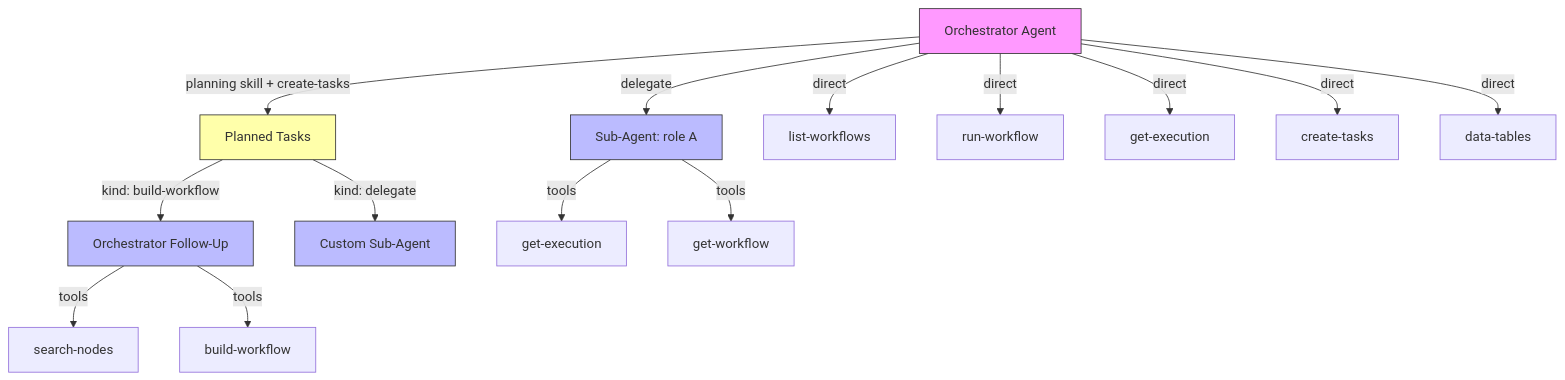
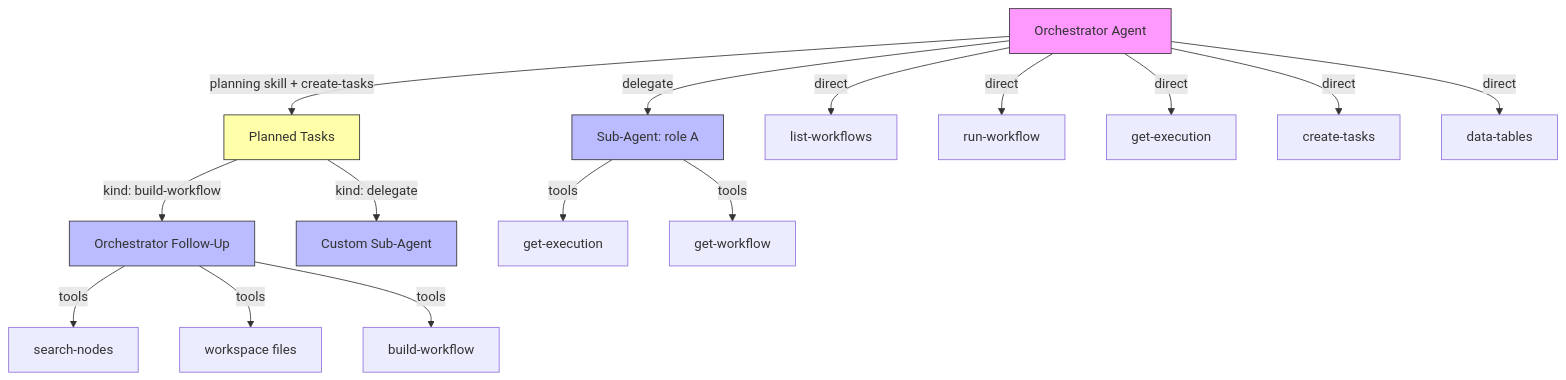
The second of 2 diagrams in packages/@n8n/instance-ai/docs/architecture.md (mayankjain1815-commits/n8n), drawn with Mermaid before and after one commit. The commit also changed other lines of this file and 59 other files, not shown here.

Commit message:
fix(core): Save Instance AI workflow edits through workspace files (#32545)

````diff
--- a/packages/@n8n/instance-ai/docs/architecture.md
+++ b/packages/@n8n/instance-ai/docs/architecture.md
@@ -135,24 +135,25 @@
 ```mermaid
 graph TD
     O[Orchestrator Agent] -->|delegate| S1[Sub-Agent: role A]
     O -->|planning skill + create-tasks| S3[Planned Tasks]
     O -->|direct| T1[list-workflows]
     O -->|direct| T2[run-workflow]
     O -->|direct| T3[get-execution]
     O -->|direct| T4[create-tasks]
     O -->|direct| T5[data-tables]
 
     S3 -->|kind: build-workflow| S4[Orchestrator Follow-Up]
     S3 -->|kind: delegate| S7[Custom Sub-Agent]
 
     S1 -->|tools| T6[get-execution]
     S1 -->|tools| T7[get-workflow]
     S4 -->|tools| T8[search-nodes]
-    S4 -->|tools| T9[build-workflow]
+    S4 -->|tools| T9[workspace files]
+    S4 -->|tools| T10[build-workflow]
 
     style O fill:#f9f,stroke:#333
     style S1 fill:#bbf,stroke:#333
     style S3 fill:#ffa,stroke:#333
     style S4 fill:#bbf,stroke:#333
     style S7 fill:#bbf,stroke:#333
 ```
````
